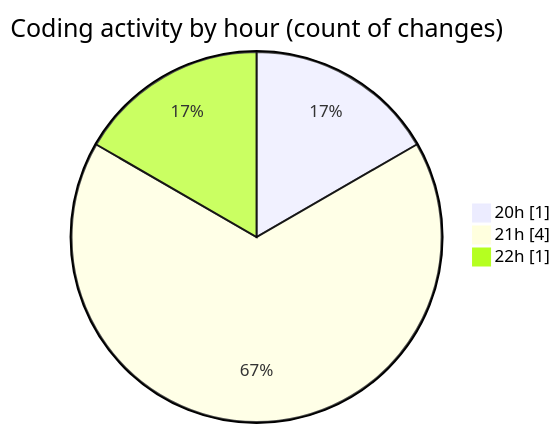
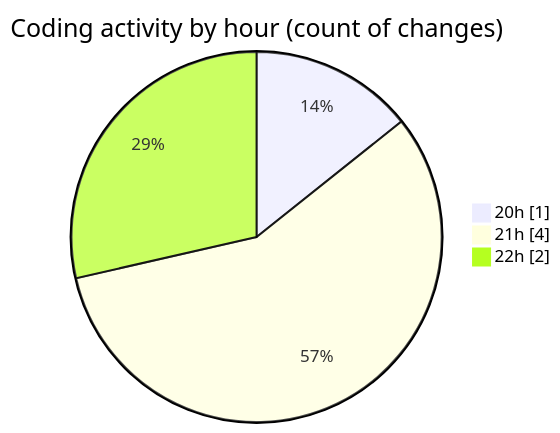
One commit to donsfak/code-tracking changed the second of 2 diagrams in 2025-02-06/portofolio/README.md. Above: the diagram before and after it, drawn with Mermaid. The commit also changed other lines of this file and 1 other file, not shown here.

````diff
--- a/2025-02-06/portofolio/README.md
+++ b/2025-02-06/portofolio/README.md
@@ -34,7 +34,7 @@
 ```mermaid
 pie showData
 title Coding activity by hour (count of changes)
 "20h" : 1
 "21h" : 4
-"22h" : 1
+"22h" : 2
 ```
````
